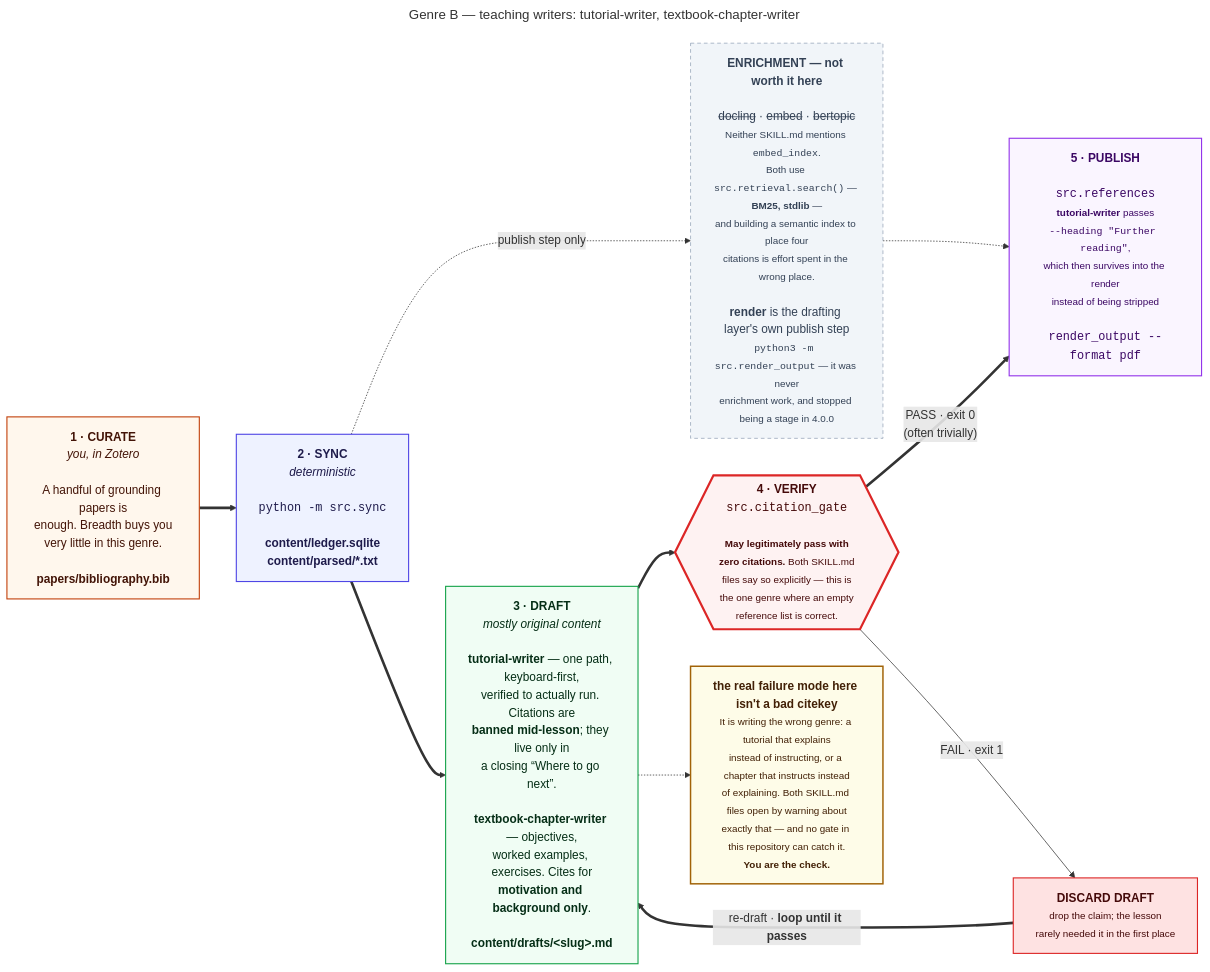
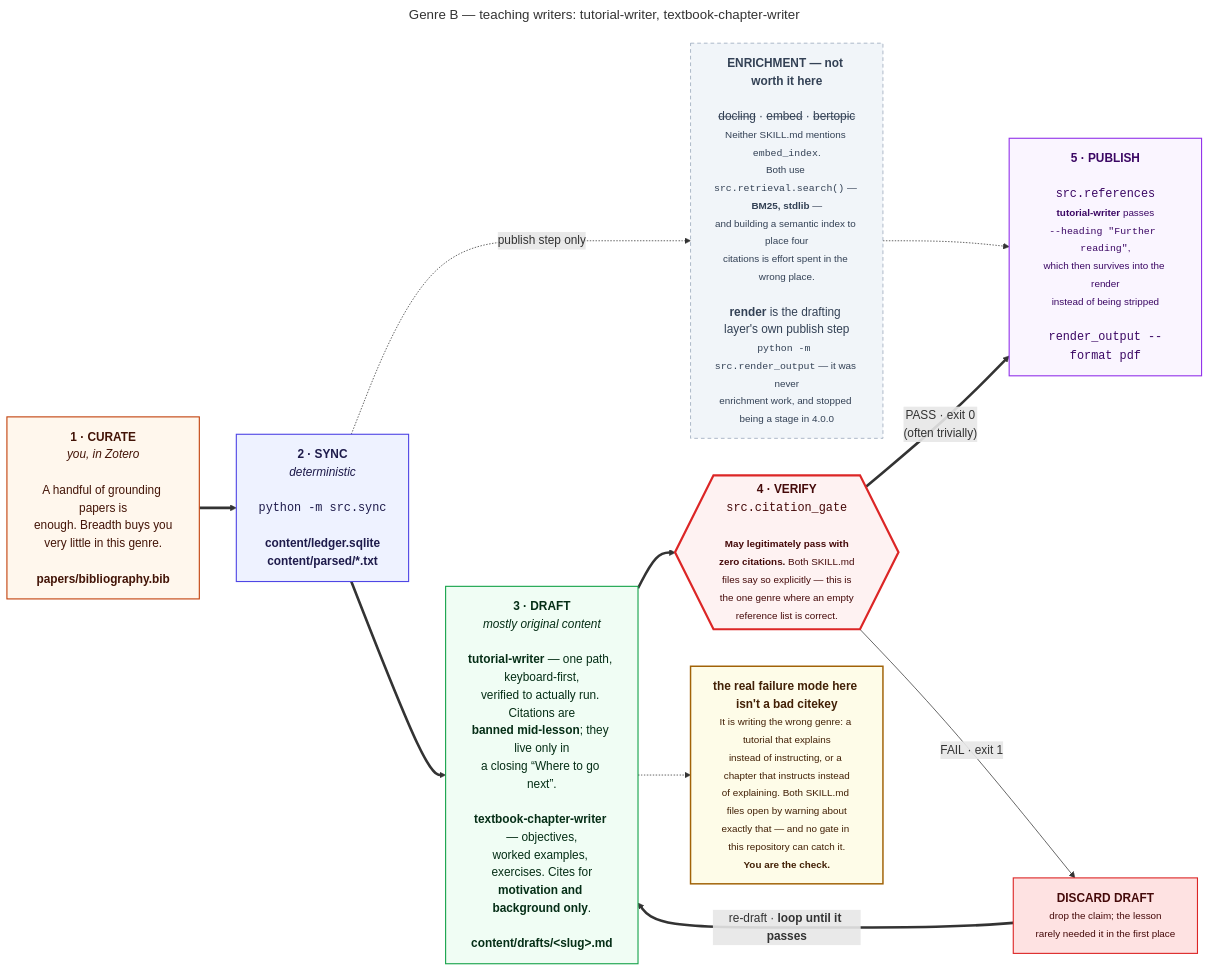
One commit to prasadtalasila/chitragupta changed the diagram in docs/diagrams/g2-teaching.mmd. Above: the diagram before and after it, drawn with Mermaid. The commit also changed 62 other files, not shown here.

```diff
--- a/docs/diagrams/g2-teaching.mmd
+++ b/docs/diagrams/g2-teaching.mmd
@@ -1,46 +1,46 @@
 ---
 title: "Genre B — teaching writers: tutorial-writer, textbook-chapter-writer"
 ---
 flowchart LR
 
   P0["<b>1 · CURATE</b><br/><i>you, in Zotero</i><br/><br/>A handful of grounding papers is<br/>enough. Breadth buys you<br/>very little in this genre.<br/><br/><b>papers/bibliography.bib</b>"]
 
   P1["<b>2 · SYNC</b><br/><i>deterministic</i><br/><br/><code>python -m src.sync</code><br/><br/><b>content/ledger.sqlite</b><br/><b>content/parsed/*.txt</b>"]
 
-  HEAVY["<b>ENRICHMENT — not worth it here</b><br/><br/><s>docling</s> · <s>embed</s> · <s>bertopic</s><br/><small>Neither SKILL.md mentions <code>embed_index</code>.<br/>Both use <code>src.retrieval.search()</code> — <b>BM25, stdlib</b> —<br/>and building a semantic index to place four<br/>citations is effort spent in the wrong place.</small><br/><br/><b>render</b> is the drafting layer's own publish step<br/><small><code>python3 -m src.render_output</code> — it was never<br/>enrichment work, and stopped being a stage in 4.0.0</small>"]
+  HEAVY["<b>ENRICHMENT — not worth it here</b><br/><br/><s>docling</s> · <s>embed</s> · <s>bertopic</s><br/><small>Neither SKILL.md mentions <code>embed_index</code>.<br/>Both use <code>src.retrieval.search()</code> — <b>BM25, stdlib</b> —<br/>and building a semantic index to place four<br/>citations is effort spent in the wrong place.</small><br/><br/><b>render</b> is the drafting layer's own publish step<br/><small><code>python -m src.render_output</code> — it was never<br/>enrichment work, and stopped being a stage in 4.0.0</small>"]
 
   P2["<b>3 · DRAFT</b><br/><i>mostly original content</i><br/><br/><b>tutorial-writer</b> — one path, keyboard-first,<br/>verified to actually run. Citations are<br/><b>banned mid-lesson</b>; they live only in<br/>a closing “Where to go next”.<br/><br/><b>textbook-chapter-writer</b> — objectives,<br/>worked examples, exercises. Cites for<br/><b>motivation and background only</b>.<br/><br/><b>content/drafts/&lt;slug&gt;.md</b>"]
 
   P3{{"<b>4 · VERIFY</b><br/><code>src.citation_gate</code><br/><br/><small><b>May legitimately pass with<br/>zero citations.</b> Both SKILL.md<br/>files say so explicitly — this is<br/>the one genre where an empty<br/>reference list is correct.</small>"}}
 
   FIX["<b>DISCARD DRAFT</b><br/><small>drop the claim; the lesson<br/>rarely needed it in the first place</small>"]
 
   P4["<b>5 · PUBLISH</b><br/><br/><code>src.references</code><br/><small><b>tutorial-writer</b> passes<br/><code>--heading &quot;Further reading&quot;</code>,<br/>which then survives into the render<br/>instead of being stripped</small><br/><br/><code>render_output --format pdf</code>"]
 
   RISK["<b>the real failure mode here isn't a bad citekey</b><br/><small>It is writing the wrong genre: a tutorial that explains<br/>instead of instructing, or a chapter that instructs instead<br/>of explaining. Both SKILL.md files open by warning about<br/>exactly that — and no gate in this repository can catch it.<br/><b>You are the check.</b></small>"]
 
   P0 ==> P1 ==> P2 ==> P3
   P1 -. "publish step only" .-> HEAVY
   HEAVY -.-> P4
   P3 == "PASS · exit 0<br/>(often trivially)" ==> P4
   P3 -- "FAIL · exit 1" --> FIX
   FIX == "re-draft · <b>loop until it passes</b>" ==> P2
   P2 -.-> RISK
 
   classDef you fill:#fff7ed,stroke:#c2410c,stroke-width:1.5px,color:#431407
   classDef det fill:#eef2ff,stroke:#4f46e5,stroke-width:1.5px,color:#1e1b4b
   classDef gen fill:#f0fdf4,stroke:#16a34a,stroke-width:1.5px,color:#052e16
   classDef gate fill:#fef2f2,stroke:#dc2626,stroke-width:3px,color:#450a0a
   classDef out fill:#faf5ff,stroke:#9333ea,stroke-width:1.5px,color:#3b0764
   classDef bad fill:#fee2e2,stroke:#dc2626,stroke-width:1.5px,color:#450a0a
   classDef off fill:#f1f5f9,stroke:#94a3b8,stroke-dasharray:5 4,color:#334155
   classDef risk fill:#fefce8,stroke:#a16207,stroke-width:2px,color:#422006
 
   class P0 you
   class P1 det
   class P2 gen
   class P3 gate
   class P4 out
   class FIX bad
   class HEAVY off
   class RISK risk
```
